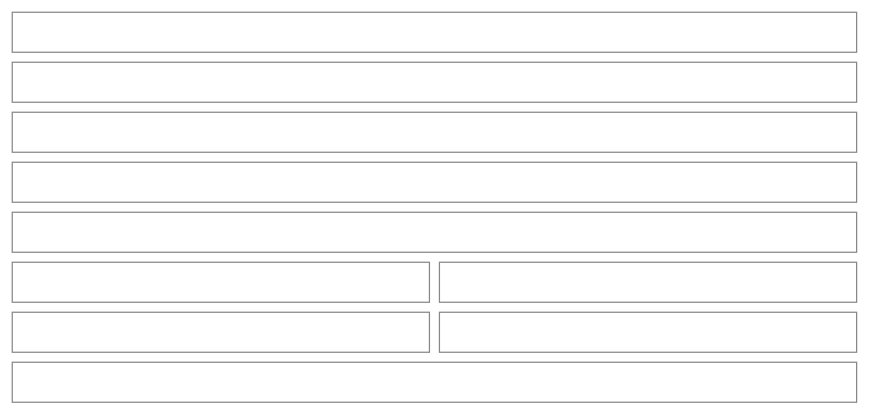
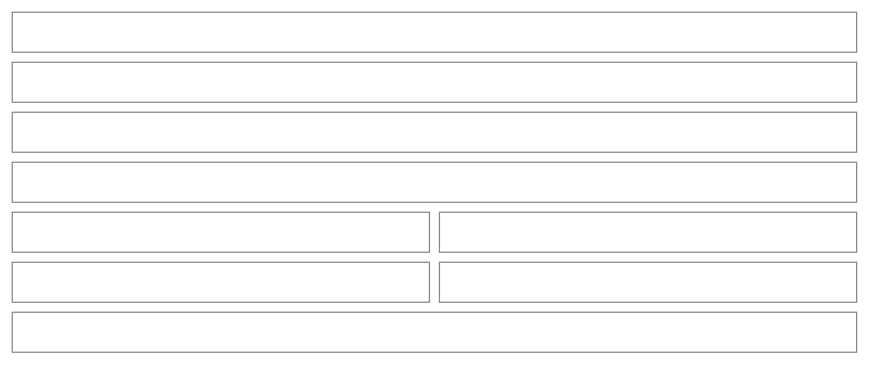
The sixth of 56 diagrams in src/apps/pinch/UX.md (NovaMoonX/moondreams-dev-apps), drawn with Mermaid before and after one commit. The commit also changed other lines of this file and 5 other files, not shown here.

````diff
--- a/src/apps/pinch/UX.md
+++ b/src/apps/pinch/UX.md
@@ -266,25 +266,23 @@
 ```mermaid
 %%{init: {'theme': 'base', 'themeVariables': {'primaryColor': 'transparent', 'primaryBorderColor': '#888888', 'primaryTextColor': '#333333', 'lineColor': '#888888'}}}%%
 block-beta
   columns 2
   C1["‹   Oct 15 – 21   ›   Month [ Week ]"]:2
   C2["Next 7 days · 20 meals              $5.05 so far ⚠ ›"]:2
-  C2b["Avg per priced meal so far $0.30 · Daily average 🔥 1850 💪 92g (smaller, muted)"]:2
   C3["Earlier, Oct 11–14 · 3 meals   ⌄"]:2
   C4["( Today ) ›            +"]:2
   C5["🍳 Banana · Breakfast"]:1
   C6["No price yet"]:1
   C7["🍝 Adobo chicken & Cilantro lime rice · Dinner"]:1
   C8["$0.15+"]:1
   C9["Tomorrow ›             +"]:2
   style C1 fill:transparent,stroke:#888888,stroke-width:1px;
   style C2 fill:transparent,stroke:#888888,stroke-width:1px;
-  style C2b fill:transparent,stroke:#888888,stroke-width:1px;
   style C3 fill:transparent,stroke:#888888,stroke-width:1px;
   style C4 fill:transparent,stroke:#888888,stroke-width:1px;
   style C5 fill:transparent,stroke:#888888,stroke-width:1px;
   style C6 fill:transparent,stroke:#888888,stroke-width:1px;
   style C7 fill:transparent,stroke:#888888,stroke-width:1px;
   style C8 fill:transparent,stroke:#888888,stroke-width:1px;
   style C9 fill:transparent,stroke:#888888,stroke-width:1px;
 ```
````
